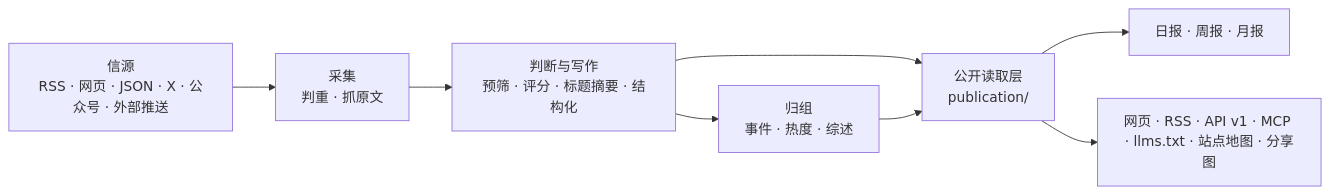
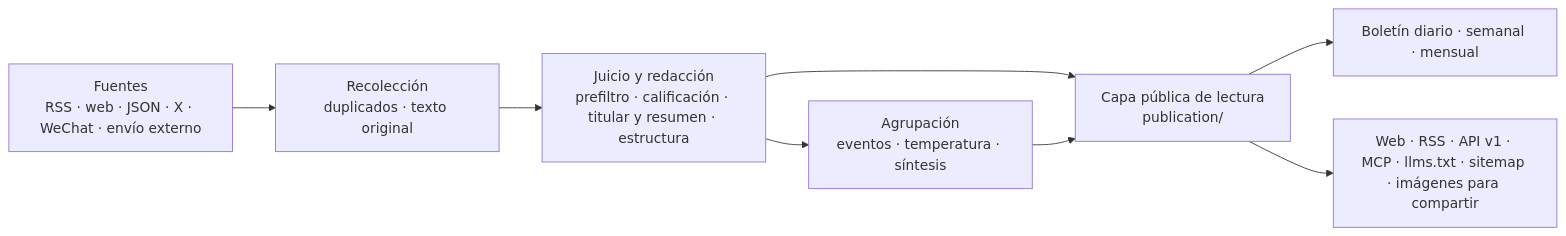
The diagram in docs/architecture.md (PandiCloudDev/latido), drawn with Mermaid before and after one commit. The commit also changed other lines of this file and 137 other files, not shown here.

````diff
--- a/docs/architecture.md
+++ b/docs/architecture.md
@@ -3,10 +3,10 @@
 ```mermaid
 flowchart LR
-  S["信源<br/>RSS · 网页 · JSON · X · 公众号 · 外部推送"] --> C["采集<br/>判重 · 抓原文"]
-  C --> J["判断与写作<br/>预筛 · 评分 · 标题摘要 · 结构化"]
-  J --> G["归组<br/>事件 · 热度 · 综述"]
-  J --> P["公开读取层<br/>publication/"]
+  S["Fuentes<br/>RSS · web · JSON · X · WeChat · envío externo"] --> C["Recolección<br/>duplicados · texto original"]
+  C --> J["Juicio y redacción<br/>prefiltro · calificación · titular y resumen · estructura"]
+  J --> G["Agrupación<br/>eventos · temperatura · síntesis"]
+  J --> P["Capa pública de lectura<br/>publication/"]
   G --> P
-  P --> R["日报 · 周报 · 月报"]
-  P --> O["网页 · RSS · API v1 · MCP · llms.txt · 站点地图 · 分享图"]
+  P --> R["Boletín diario · semanal · mensual"]
+  P --> O["Web · RSS · API v1 · MCP · llms.txt · sitemap · imágenes para compartir"]
 ```
````
